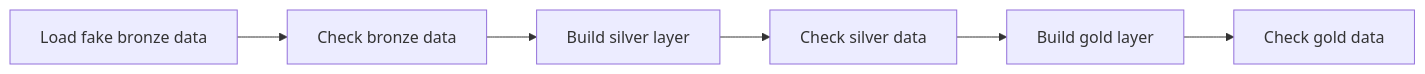
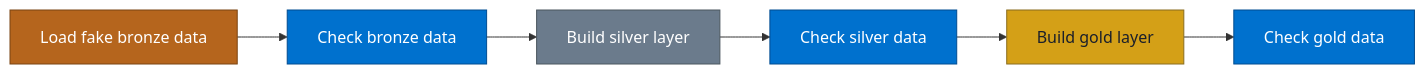
The third of 4 diagrams in docs/ci-cd.md (Nitinx12/DBT-Medallion-Pipeline), drawn with Mermaid before and after one commit. The commit also changed other lines of this file and 2 other files, not shown here.

First line of the commit message:
docs: color mermaid diagrams and fix attached counts

````diff
--- a/docs/ci-cd.md
+++ b/docs/ci-cd.md
@@ -52,8 +73,17 @@
 ```mermaid
 flowchart LR
     A["Load fake bronze data"] --> B["Check bronze data"]
     B --> C["Build silver layer"]
     C --> D["Check silver data"]
     D --> E["Build gold layer"]
     E --> F["Check gold data"]
+
+    classDef bronze fill:#B5651D,color:#fff,stroke:#7a4413
+    classDef silver fill:#6B7B8C,color:#fff,stroke:#4a565f
+    classDef gold fill:#D4A017,color:#1A1F2B,stroke:#8a6d1f
+    classDef check fill:#0071CE,color:#fff,stroke:#004C91
+    class A bronze
+    class B,D,F check
+    class C silver
+    class E gold
 ```
````
